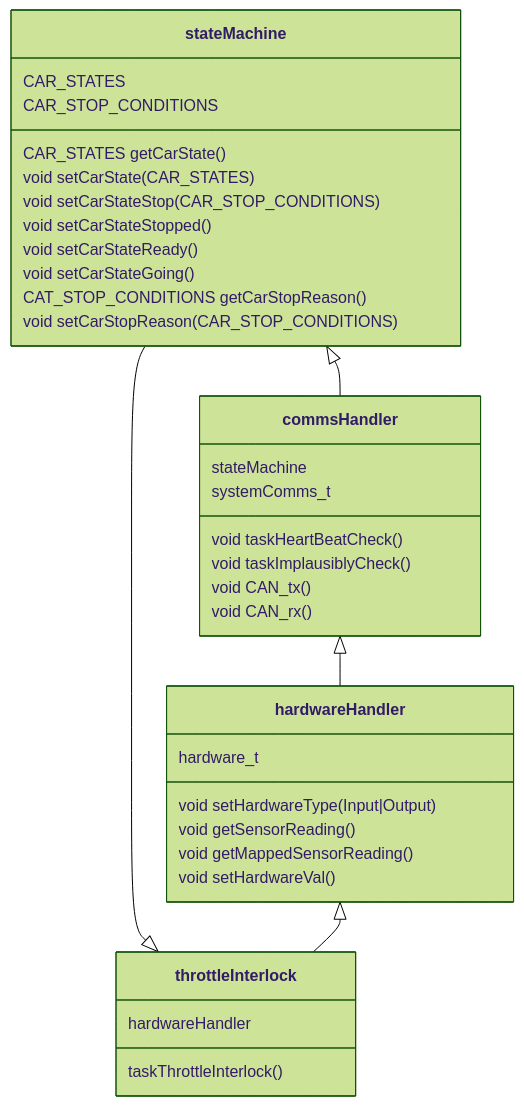
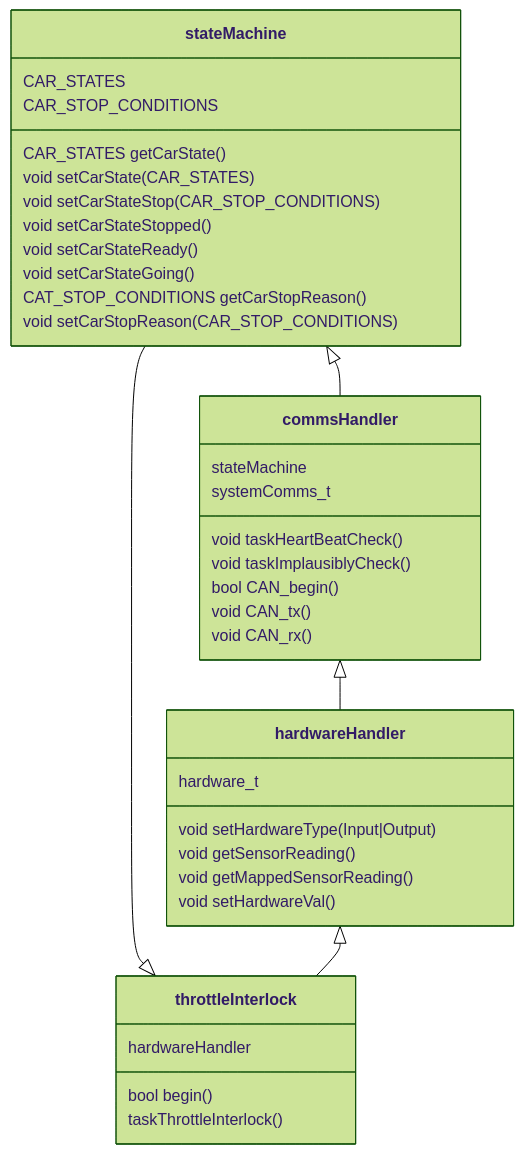
Before and after one commit to Nanyang-Venture-Formula/NVF2-DA-Controls: the diagram in docs/structure.mmd, drawn with Mermaid (forest theme).

```diff
--- a/docs/structure.mmd
+++ b/docs/structure.mmd
@@ -1,47 +1,49 @@
 classDiagram
 
     class stateMachine{
         CAR_STATES
         CAR_STOP_CONDITIONS
 
         CAR_STATES getCarState()
         void setCarState(CAR_STATES)
         void setCarStateStop(CAR_STOP_CONDITIONS)
         void setCarStateStopped()
         void setCarStateReady()
         void setCarStateGoing()
         
         CAT_STOP_CONDITIONS getCarStopReason()
         void setCarStopReason(CAR_STOP_CONDITIONS)
     }
 
     stateMachine <|-- commsHandler
     stateMachine --|> throttleInterlock
 
     class commsHandler{
         stateMachine
         systemComms_t
 
         void taskHeartBeatCheck()
         void taskImplausiblyCheck()
+        bool CAN_begin()
         void CAN_tx()
         void CAN_rx()
     }
 
     class throttleInterlock{
         hardwareHandler
+        bool begin()
         taskThrottleInterlock()
     }
 
 
     commsHandler <|-- hardwareHandler
     hardwareHandler <|-- throttleInterlock
 
     class hardwareHandler{
         hardware_t
 
         void setHardwareType(Input|Output)
         void getSensorReading()
         void getMappedSensorReading()
         void setHardwareVal()
     }
```
